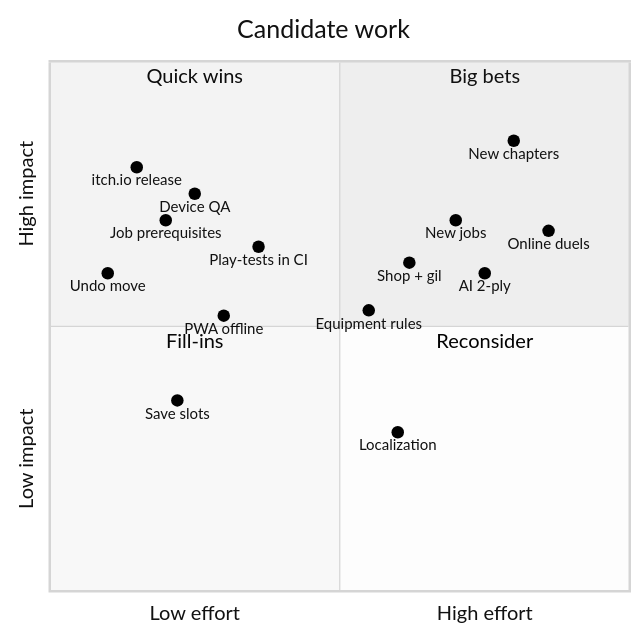
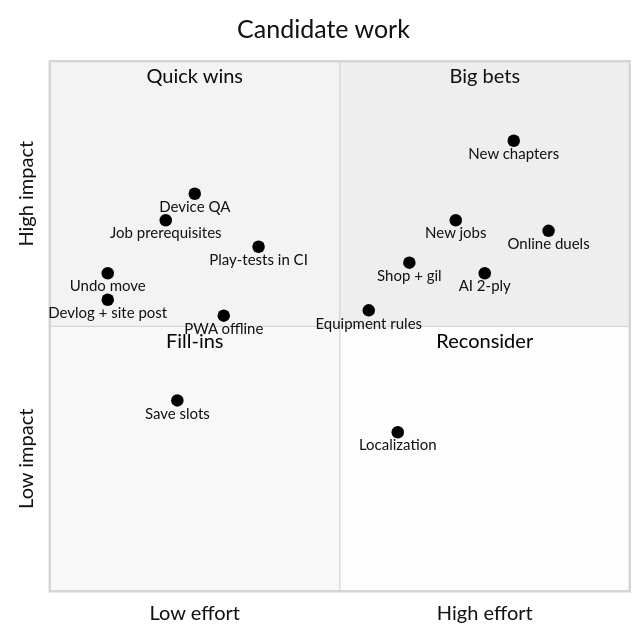
Before and after one commit to CptNope/Chess-RPG-Tactics: the third of 4 diagrams in docs/ROADMAP.md, drawn with Mermaid (neutral theme). The commit also changed other lines of this file and 29 other files, not shown here.

First line of the commit message:
0.12.0: itch.io release build, title screen, fullscreen, bundled fonts

````diff
--- a/docs/ROADMAP.md
+++ b/docs/ROADMAP.md
@@ -121,24 +123,24 @@
 ```mermaid
 quadrantChart
     title Candidate work
     x-axis "Low effort" --> "High effort"
     y-axis "Low impact" --> "High impact"
     quadrant-1 "Big bets"
     quadrant-2 "Quick wins"
     quadrant-3 "Fill-ins"
     quadrant-4 "Reconsider"
     "Job prerequisites": [0.2, 0.7]
-    "itch.io release": [0.15, 0.8]
+    "Devlog + site post": [0.1, 0.55]
     "Device QA": [0.25, 0.75]
     "Play-tests in CI": [0.36, 0.65]
     "Undo move": [0.1, 0.6]
     "Save slots": [0.22, 0.36]
     "PWA offline": [0.3, 0.52]
     "Equipment rules": [0.55, 0.53]
     "Shop + gil": [0.62, 0.62]
     "AI 2-ply": [0.75, 0.6]
     "New chapters": [0.8, 0.85]
     "New jobs": [0.7, 0.7]
     "Online duels": [0.86, 0.68]
     "Localization": [0.6, 0.3]
 ```
````
